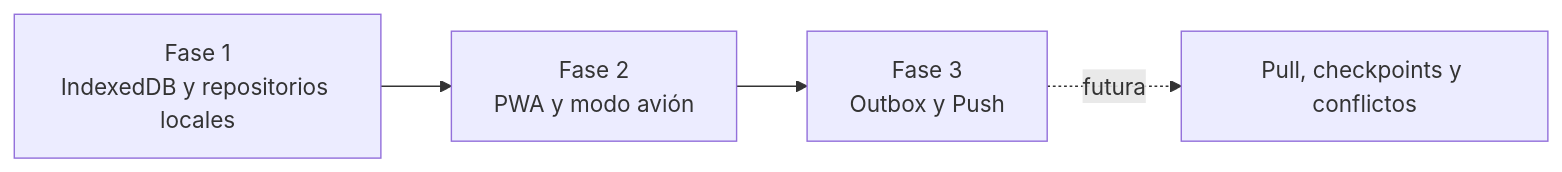
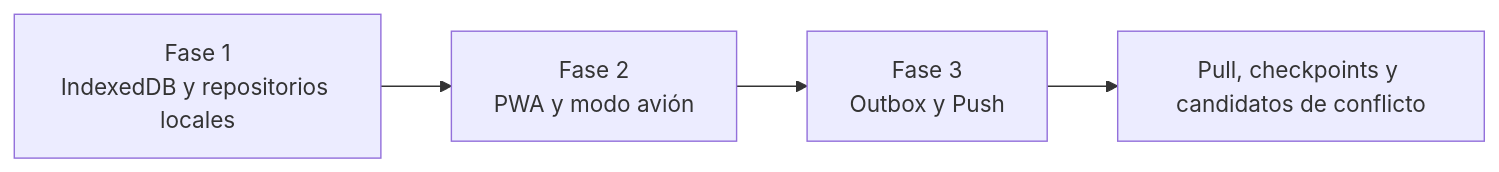
One commit to RodrigoSHL/project-manager-nx changed the first of 2 diagrams in docs/INSPECTION_SYNC_PUSH.md. Above: the diagram before and after it, drawn with Mermaid. The commit also changed other lines of this file and 32 other files, not shown here.

First line of the commit message:
feat(sync): implement incremental Pull with checkpoints and conflict candidates

````diff
--- a/docs/INSPECTION_SYNC_PUSH.md
+++ b/docs/INSPECTION_SYNC_PUSH.md
@@ -14,6 +15,6 @@
 ```mermaid
 flowchart LR
   F1[Fase 1<br/>IndexedDB y repositorios locales] --> F2[Fase 2<br/>PWA y modo avión]
   F2 --> F3[Fase 3<br/>Outbox y Push]
-  F3 -. futura .-> F4[Pull, checkpoints y conflictos]
+  F3 --> F4[Pull, checkpoints y candidatos de conflicto]
 ```
````
